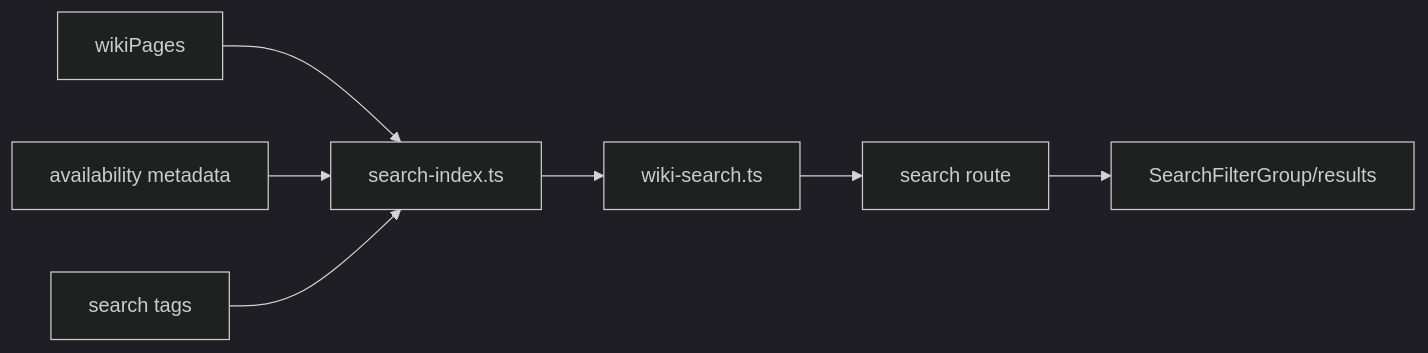
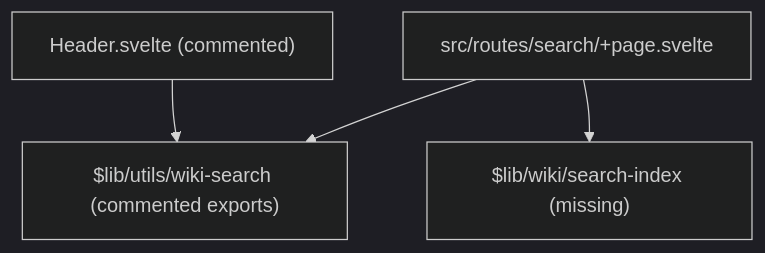
One commit to toon-van-berkel/dnd-wiki changed the fifth of 8 diagrams in docs/architecture-audit/dependency-map.md. Above: the diagram before and after it, drawn with Mermaid (dark theme). The commit also changed other lines of this file and 200 other files, not shown here.

````diff
--- a/docs/architecture-audit/dependency-map.md
+++ b/docs/architecture-audit/dependency-map.md
@@ -233,9 +47,6 @@
 ```mermaid
-flowchart LR
-  registry["wikiPages"] --> searchIndex["search-index.ts"]
-  availability["availability metadata"] --> searchIndex
-  searchTags["search tags"] --> searchIndex
-  searchIndex --> searchUtils["wiki-search.ts"]
-  searchUtils --> searchPage["search route"]
-  searchPage --> filters["SearchFilterGroup/results"]
+flowchart TD
+  SearchPage["src/routes/search/+page.svelte"] --> SearchUtil["$lib/utils/wiki-search (commented exports)"]
+  SearchPage --> MissingIndex["$lib/wiki/search-index (missing)"]
+  OldHeader["Header.svelte (commented)"] --> SearchUtil
 ```
````
